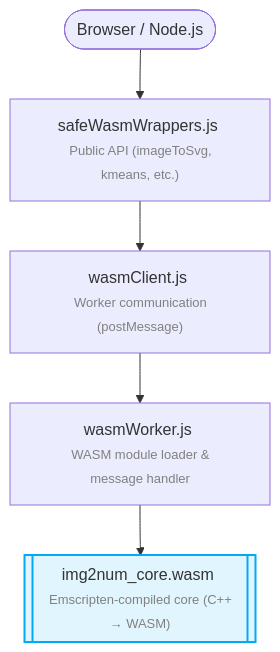
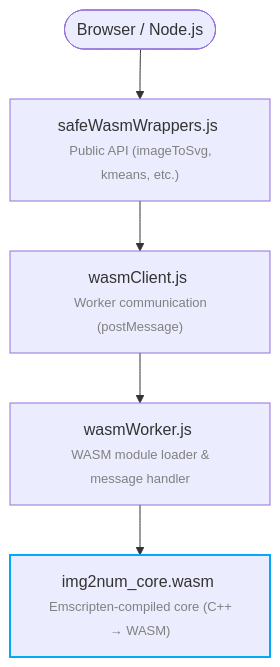
One commit to Ryan-Millard/Img2Num changed the diagram in docs/docs/js/docs/index.md. Above: the diagram before and after it, drawn with Mermaid. The commit also changed 9 other files, not shown here.

````diff
--- a/docs/docs/js/docs/index.md
+++ b/docs/docs/js/docs/index.md
@@ -7,16 +7,15 @@
 ```mermaid
 graph TD
-    A([Browser / Node.js]) --> B
+A([Browser / Node.js]) --> B
+B["safeWasmWrappers.js <br> <font size=2 color=gray>Public API (imageToSvg, kmeans, etc.)</font>"]
+C["wasmClient.js <br> <font size=2 color=gray>Worker communication (postMessage)</font>"]
+D["wasmWorker.js <br> <font size=2 color=gray>WASM module loader & message handler</font>"]
+E["img2num_core.wasm <br> <font size=2 color=gray>Emscripten-compiled core (C++ → WASM)</font>"]
 
-    B["safeWasmWrappers.js <br> <font size=2 color=gray>Public API (imageToSvg, kmeans, etc.)</font>"]
-    C["wasmClient.js <br> <font size=2 color=gray>Worker communication (postMessage)</font>"]
-    D["wasmWorker.js <br> <font size=2 color=gray>WASM module loader & message handler</font>"]
-    E[["img2num_core.wasm <br> <font size=2 color=gray>Emscripten-compiled core (C++ → WASM)</font>"]]
+B --> C
+C --> D
+D --> E
 
-    B --> C
-    C --> D
-    D --> E
-
-    %% Accent the WASM core binary box
-    style E fill:#e1f5fe,stroke:#03a9f4,stroke-width:2px
+%% Accent the WASM core binary box
+style E stroke:#03a9f4,stroke-width:2px
 ```
````
